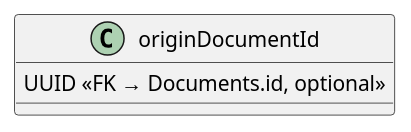
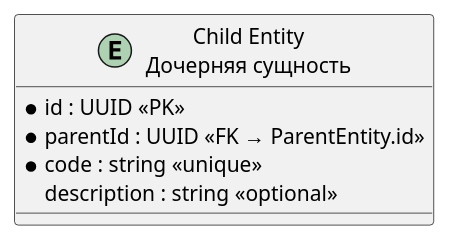
The first of 4 diagrams in Промт_ER_диаграмма.md (MaratDevOps/TMS), drawn with PlantUML before and after one commit. The commit also changed other lines of this file, not shown here.

Commit message:
Sprint 1.1: единые правила проектирования ER-моделей

````diff
--- a/Промт_ER_диаграмма.md
+++ b/Промт_ER_диаграмма.md
@@ -29,3 +65,8 @@
-  ```plantuml
-  originDocumentId : UUID <<FK → Documents.id, optional>>
-  ```
+```plantuml
+entity "Child Entity\nДочерняя сущность" as ChildEntity {
+  * id : UUID <<PK>>
+  * parentId : UUID <<FK → ParentEntity.id>>
+  * code : string <<unique>>
+  description : string <<optional>>
+}
+```
````
